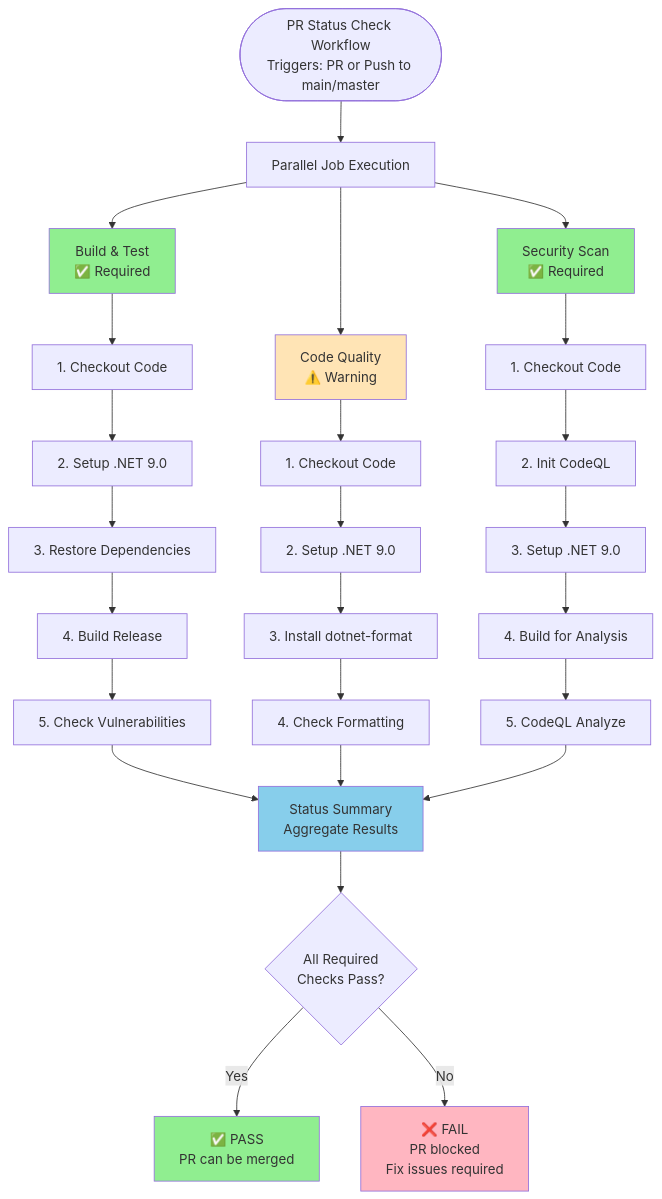
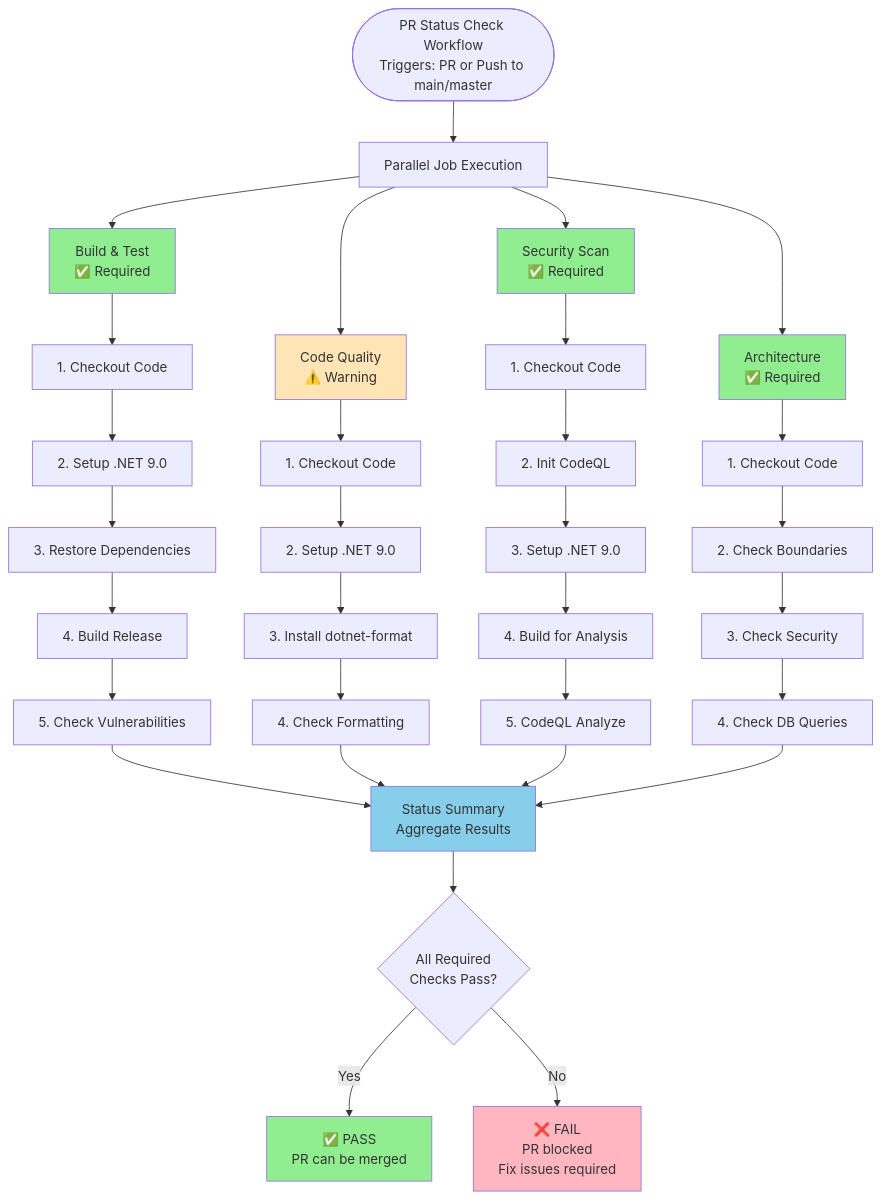
The diagram in .github/CI-PIPELINE.md (Slay-Stina/Product-Manager), drawn with Mermaid before and after one commit. The commit also changed other lines of this file and 1 other file, not shown here.

Commit message:
Integrate architecture validation into CI/CD pipeline

````diff
--- a/.github/CI-PIPELINE.md
+++ b/.github/CI-PIPELINE.md
@@ -3,43 +3,51 @@
 ```mermaid
 flowchart TD
     Start([PR Status Check Workflow<br/>Triggers: PR or Push to main/master])
     Start --> Parallel[Parallel Job Execution]
     
     Parallel --> Build[Build & Test<br/>✅ Required]
     Parallel --> Quality[Code Quality<br/>⚠️ Warning]
     Parallel --> Security[Security Scan<br/>✅ Required]
+    Parallel --> Arch[Architecture<br/>✅ Required]
     
     Build --> B1[1. Checkout Code]
     B1 --> B2[2. Setup .NET 9.0]
     B2 --> B3[3. Restore Dependencies]
     B3 --> B4[4. Build Release]
     B4 --> B5[5. Check Vulnerabilities]
     
     Quality --> Q1[1. Checkout Code]
     Q1 --> Q2[2. Setup .NET 9.0]
     Q2 --> Q3[3. Install dotnet-format]
     Q3 --> Q4[4. Check Formatting]
     
     Security --> S1[1. Checkout Code]
     S1 --> S2[2. Init CodeQL]
     S2 --> S3[3. Setup .NET 9.0]
     S3 --> S4[4. Build for Analysis]
     S4 --> S5[5. CodeQL Analyze]
     
+    Arch --> A1[1. Checkout Code]
+    A1 --> A2[2. Check Boundaries]
+    A2 --> A3[3. Check Security]
+    A3 --> A4[4. Check DB Queries]
+    
     B5 --> Summary
     Q4 --> Summary
     S5 --> Summary
+    A4 --> Summary
     
     Summary[Status Summary<br/>Aggregate Results]
     
     Summary --> Check{All Required<br/>Checks Pass?}
     Check -->|Yes| Pass[✅ PASS<br/>PR can be merged]
     Check -->|No| Fail[❌ FAIL<br/>PR blocked<br/>Fix issues required]
     
     style Build fill:#90EE90
     style Security fill:#90EE90
+    style Arch fill:#90EE90
     style Quality fill:#FFE4B5
     style Pass fill:#90EE90
     style Fail fill:#FFB6C1
     style Summary fill:#87CEEB
 ```
````
